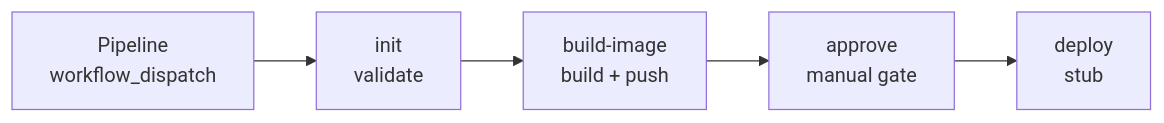
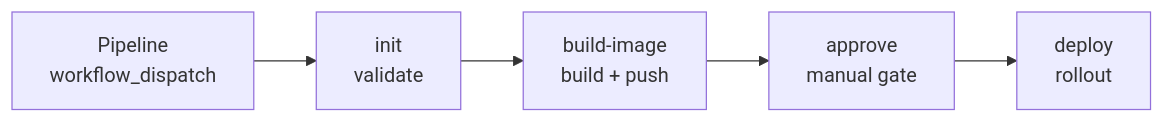
Before and after one commit to Attom-AI/attogen-deployment-util: the diagram in README.md, drawn with Mermaid. The commit also changed other lines of this file, not shown here.

````diff
--- a/README.md
+++ b/README.md
@@ -20,7 +20,7 @@
 ```mermaid
 flowchart LR
     A["Pipeline<br/>workflow_dispatch"] --> B["init<br/>validate"]
     B --> C["build-image<br/>build + push"]
     C --> D["approve<br/>manual gate"]
-    D --> E["deploy<br/>stub"]
+    D --> E["deploy<br/>rollout"]
 ```
````
